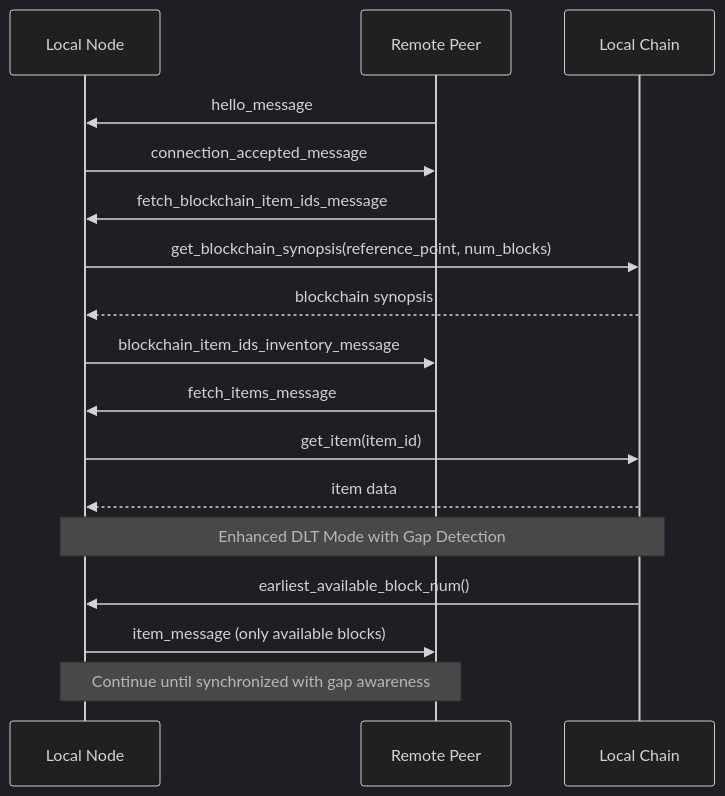
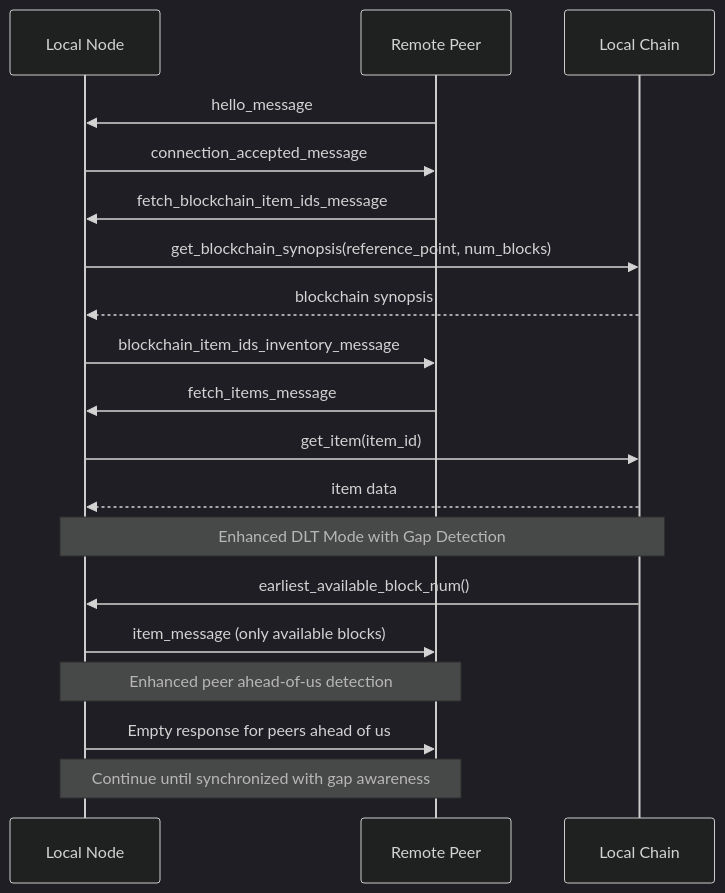
One commit to VIZ-Blockchain/viz-cpp-node changed the seventh of 43 diagrams in .qoder/repowiki/en/content/P2p Plugin.md. Above: the diagram before and after it, drawn with Mermaid (dark theme). The commit also changed other lines of this file and 2 other files, not shown here.

First line of the commit message:
feat(dlt): enhance DLT block log and p2p plugin with gap detection and Windows support

````diff
--- a/.qoder/repowiki/en/content/P2p Plugin.md
+++ b/.qoder/repowiki/en/content/P2p Plugin.md
@@ -381,19 +391,21 @@
 ```mermaid
 sequenceDiagram
 participant Local as Local Node
 participant Remote as Remote Peer
 participant Chain as Local Chain
 Remote->>Local : hello_message
 Local->>Remote : connection_accepted_message
 Remote->>Local : fetch_blockchain_item_ids_message
 Local->>Chain : get_blockchain_synopsis(reference_point, num_blocks)
 Chain-->>Local : blockchain synopsis
 Local->>Remote : blockchain_item_ids_inventory_message
 Remote->>Local : fetch_items_message
 Local->>Chain : get_item(item_id)
 Chain-->>Local : item data
 Note over Local,Chain : Enhanced DLT Mode with Gap Detection
 Chain->>Local : earliest_available_block_num()
 Local->>Remote : item_message (only available blocks)
+Note over Local,Remote : Enhanced peer ahead-of-us detection
+Local->>Remote : Empty response for peers ahead of us
 Note over Local,Remote : Continue until synchronized with gap awareness
 ```
````
